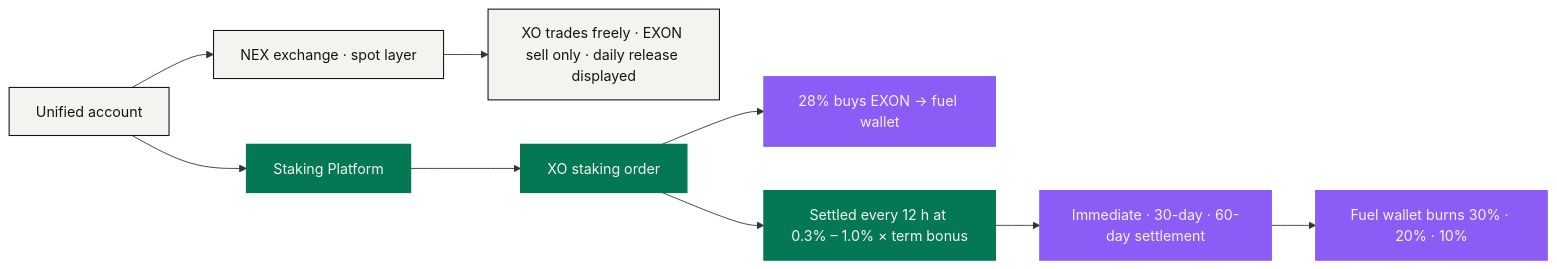
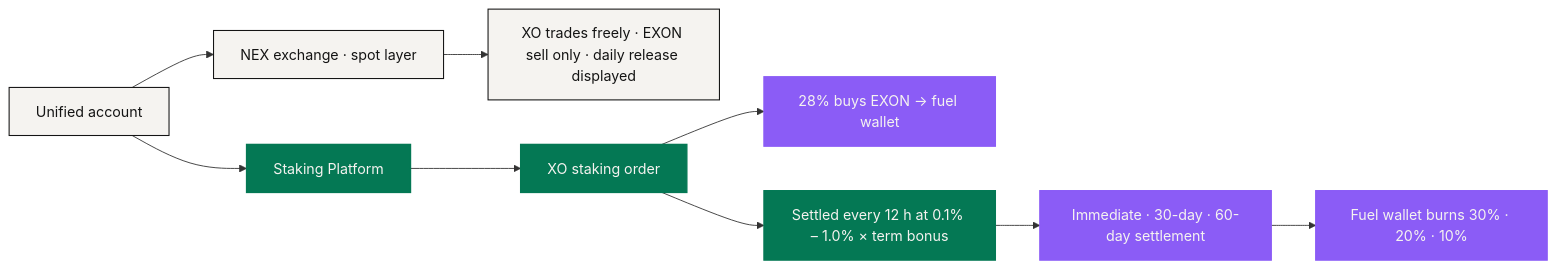
The diagram in docs/en/03-architecture/trust-and-bonding.md (NEXONMarkets/NEXON-Whitepaper), drawn with Mermaid before and after one commit. The commit also changed other lines of this file and 32 other files, not shown here.

````diff
--- a/docs/en/03-architecture/trust-and-bonding.md
+++ b/docs/en/03-architecture/trust-and-bonding.md
@@ -14,17 +14,17 @@
 ```mermaid
 flowchart LR
     A["Unified account"] --> E["NEX exchange · spot layer"]
     A --> S["Staking Platform"]
     E --> X["XO trades freely · EXON sell only · daily release displayed"]
     S --> O["XO staking order"]
     O --> F["28% buys EXON → fuel wallet"]
-    O --> R["Settled every 12 h at 0.3% – 1.0% × term bonus"]
+    O --> R["Settled every 12 h at 0.1% – 1.0% × term bonus"]
     R --> D["Immediate · 30-day · 60-day settlement"]
     D --> B["Fuel wallet burns 30% · 20% · 10%"]
     classDef anchor fill:#047854,stroke:#047854,stroke-width:1.5px,color:#F5F3F0
     classDef engine fill:#8B5CF6,stroke:#8B5CF6,stroke-width:1.5px,color:#F5F3F0
     classDef solid fill:#F5F3F0,stroke:#141414,stroke-width:1.2px,color:#141414
     class A,E,X solid
     class S,O,R anchor
     class F,D,B engine
 ```
````
